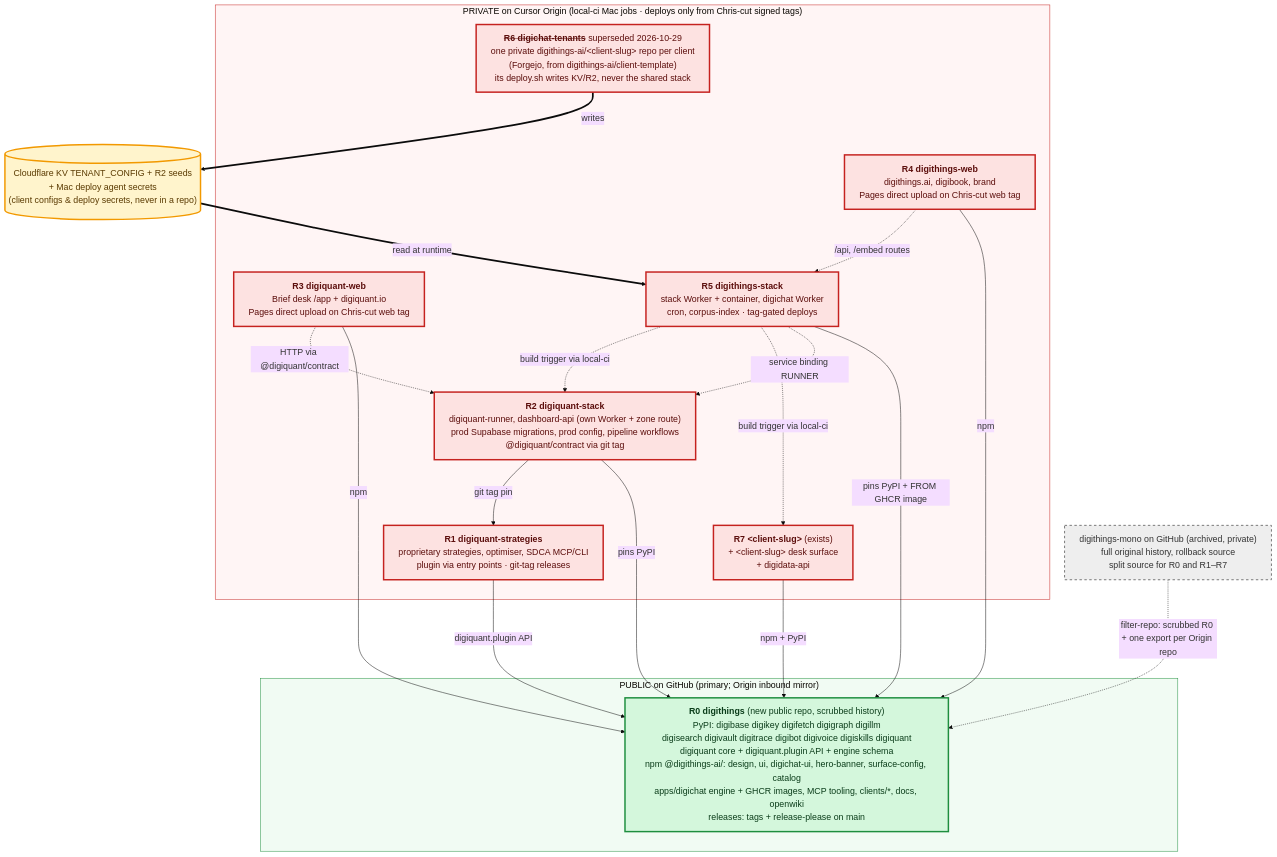
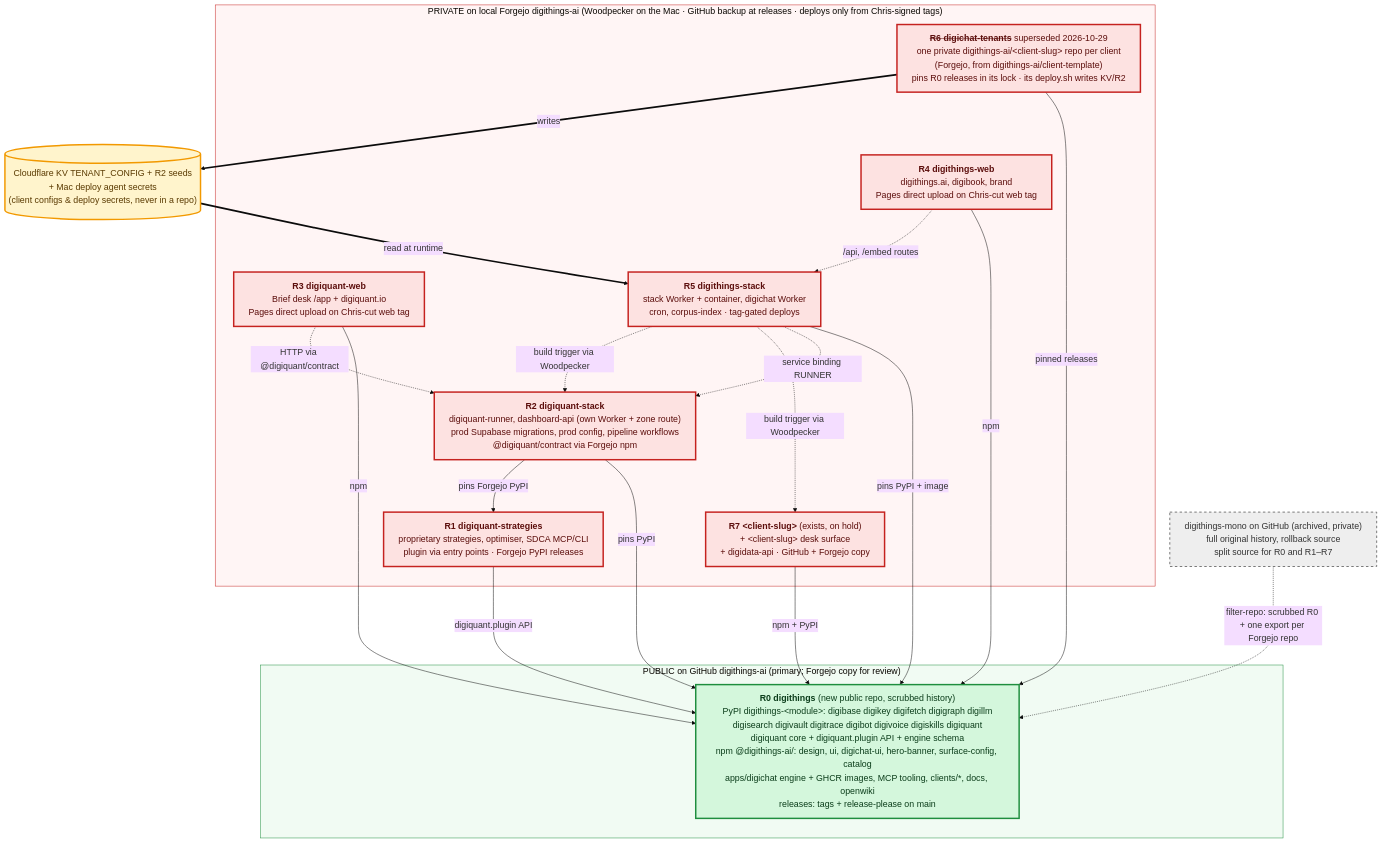
One commit to digithings-ai/digithings changed the diagram in docs/repo-split/repo-split.mmd. Above: the diagram before and after it, drawn with Mermaid. The commit also changed 14 other files, not shown here.

First line of the commit message:
docs(repo-split): re-home split docs to Forgejo; client repos replace R6

```diff
--- a/docs/repo-split/repo-split.mmd
+++ b/docs/repo-split/repo-split.mmd
@@ -1,40 +1,41 @@
 %%{init: {'theme':'base','themeVariables':{'fontSize':'18px'},'flowchart':{'curve':'basis','nodeSpacing':40,'rankSpacing':80,'wrappingWidth':600}}}%%
 flowchart TB
-  subgraph PUB["PUBLIC on GitHub (primary; Origin inbound mirror)"]
-    R0["<b>R0 digithings</b> (new public repo, scrubbed history)<br/>PyPI: digibase digikey digifetch digigraph digillm<br/>digisearch digivault digitrace digibot digivoice digiskills digiquant<br/>digiquant core + digiquant.plugin API + engine schema<br/>npm @digithings-ai/: design, ui, digichat-ui, hero-banner, surface-config, catalog<br/>apps/digichat engine + GHCR images, MCP tooling, clients/*, docs, openwiki<br/>releases: tags + release-please on main"]
+  subgraph PUB["PUBLIC on GitHub digithings-ai (primary; Forgejo copy for review)"]
+    R0["<b>R0 digithings</b> (new public repo, scrubbed history)<br/>PyPI digithings-#lt;module#gt;: digibase digikey digifetch digigraph digillm<br/>digisearch digivault digitrace digibot digivoice digiskills digiquant<br/>digiquant core + digiquant.plugin API + engine schema<br/>npm @digithings-ai/: design, ui, digichat-ui, hero-banner, surface-config, catalog<br/>apps/digichat engine + GHCR images, MCP tooling, clients/*, docs, openwiki<br/>releases: tags + release-please on main"]
   end
-  subgraph PRIV["PRIVATE on Cursor Origin (local-ci Mac jobs · deploys only from Chris-cut signed tags)"]
-    R1["<b>R1 digiquant-strategies</b><br/>proprietary strategies, optimiser, SDCA MCP/CLI<br/>plugin via entry points · git-tag releases"]
-    R2["<b>R2 digiquant-stack</b><br/>digiquant-runner, dashboard-api (own Worker + zone route)<br/>prod Supabase migrations, prod config, pipeline workflows<br/>@digiquant/contract via git tag"]
+  subgraph PRIV["PRIVATE on local Forgejo digithings-ai (Woodpecker on the Mac · GitHub backup at releases · deploys only from Chris-signed tags)"]
+    R1["<b>R1 digiquant-strategies</b><br/>proprietary strategies, optimiser, SDCA MCP/CLI<br/>plugin via entry points · Forgejo PyPI releases"]
+    R2["<b>R2 digiquant-stack</b><br/>digiquant-runner, dashboard-api (own Worker + zone route)<br/>prod Supabase migrations, prod config, pipeline workflows<br/>@digiquant/contract via Forgejo npm"]
     R3["<b>R3 digiquant-web</b><br/>Brief desk /app + digiquant.io<br/>Pages direct upload on Chris-cut web tag"]
     R4["<b>R4 digithings-web</b><br/>digithings.ai, digibook, brand<br/>Pages direct upload on Chris-cut web tag"]
     R5["<b>R5 digithings-stack</b><br/>stack Worker + container, digichat Worker<br/>cron, corpus-index · tag-gated deploys"]
-    R6["<b><s>R6 digichat-tenants</s></b> superseded 2026-10-29<br/>one private digithings-ai/#lt;client-slug#gt; repo per client<br/>(Forgejo, from digithings-ai/client-template)<br/>its deploy.sh writes KV/R2, never the shared stack"]
-    R7["<b>R7 #lt;client-slug#gt;</b> (exists)<br/>+ #lt;client-slug#gt; desk surface<br/>+ digidata-api"]
+    R6["<b><s>R6 digichat-tenants</s></b> superseded 2026-10-29<br/>one private digithings-ai/#lt;client-slug#gt; repo per client<br/>(Forgejo, from digithings-ai/client-template)<br/>pins R0 releases in its lock · its deploy.sh writes KV/R2"]
+    R7["<b>R7 #lt;client-slug#gt;</b> (exists, on hold)<br/>+ #lt;client-slug#gt; desk surface<br/>+ digidata-api · GitHub + Forgejo copy"]
   end
   MONO["digithings-mono on GitHub (archived, private)<br/>full original history, rollback source<br/>split source for R0 and R1–R7"]
   KV[("Cloudflare KV TENANT_CONFIG + R2 seeds<br/>+ Mac deploy agent secrets<br/>(client configs &amp; deploy secrets, never in a repo)")]
 
   R1 -->|digiquant.plugin API| R0
   R2 -->|pins PyPI| R0
-  R2 -->|git tag pin| R1
+  R2 -->|pins Forgejo PyPI| R1
   R3 -->|npm| R0
   R4 -->|npm| R0
-  R5 -->|pins PyPI + FROM GHCR image| R0
+  R5 -->|pins PyPI + image| R0
   R7 -->|npm + PyPI| R0
   R3 -.->|HTTP via @digiquant/contract| R2
   R4 -.->|/api, /embed routes| R5
   R5 -.->|service binding RUNNER| R2
-  R5 -.->|build trigger via local-ci| R7
-  R5 -.->|build trigger via local-ci| R2
+  R5 -.->|build trigger via Woodpecker| R7
+  R5 -.->|build trigger via Woodpecker| R2
+  R6 -->|pinned releases| R0
   R6 ==>|writes| KV
   KV ==>|read at runtime| R5
-  MONO -.->|filter-repo: scrubbed R0 + one export per Origin repo| R0
+  MONO -.->|filter-repo: scrubbed R0 + one export per Forgejo repo| R0
 
   classDef pub fill:#d4f7dc,stroke:#1e8e3e,stroke-width:3px,color:#0b3d1a;
   classDef priv fill:#fde2e1,stroke:#c5221f,stroke-width:3px,color:#5c0e0c;
   classDef kv fill:#fff4cc,stroke:#f29900,stroke-width:3px,color:#5a3a00;
   classDef arch fill:#eeeeee,stroke:#777777,stroke-width:2px,color:#333333,stroke-dasharray: 5 5;
   class R0 pub; class R1,R2,R3,R4,R5,R6,R7 priv; class KV kv; class MONO arch;
   style PUB fill:#f1fbf3,stroke:#1e8e3e
   style PRIV fill:#fff5f5,stroke:#c5221f
```
